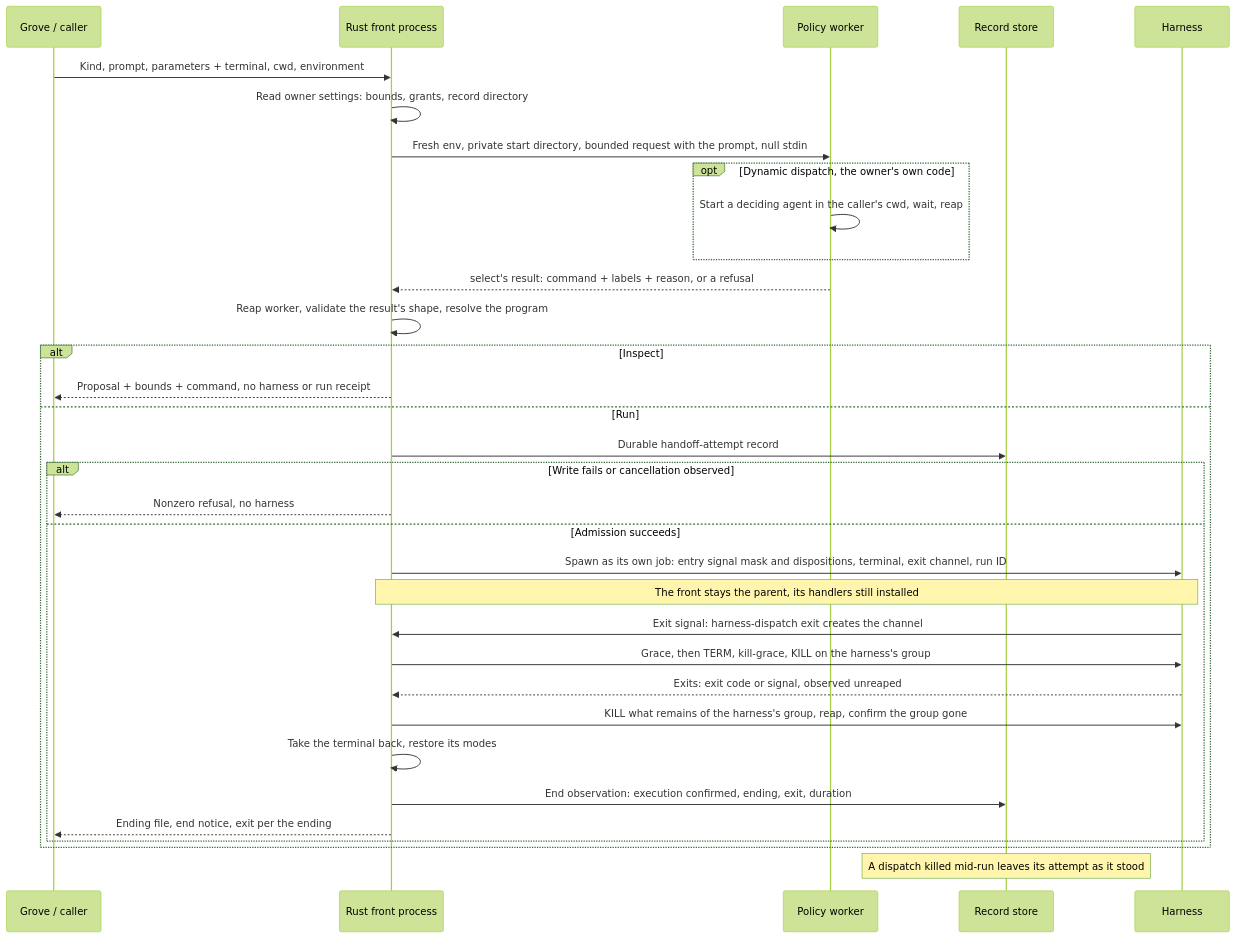
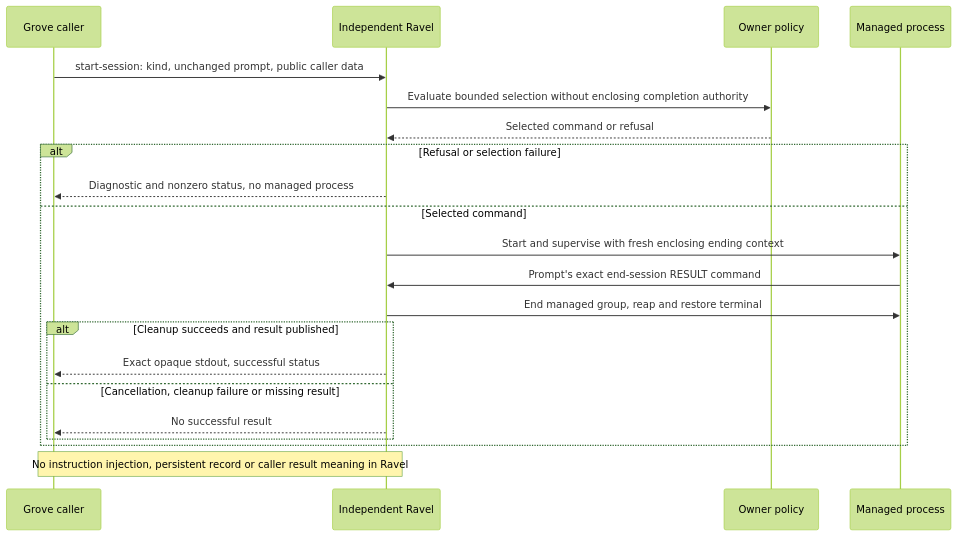
Before and after one commit to Linkuistics/grove: the diagram in docs/design/harness-selection-and-execution/handoff.mmd, drawn with Mermaid (forest theme). The commit also changed 18 other files, not shown here.

Commit message:
grove-ravel-caller-views-k56: reconcile caller spec and views; decompose grove-ravel-docs-k12

```diff
--- a/docs/design/harness-selection-and-execution/handoff.mmd
+++ b/docs/design/harness-selection-and-execution/handoff.mmd
@@ -1,33 +1,21 @@
 sequenceDiagram
-  participant G as Grove / caller
-  participant R as Rust front process
-  participant W as Policy worker
-  participant D as Record store
-  participant H as Harness
-  G->>R: Kind, prompt, parameters + terminal, cwd, environment
-  R->>R: Read owner settings: bounds, grants, record directory
-  R->>W: Fresh env, private start directory, bounded request with the prompt, null stdin
-  opt Dynamic dispatch, the owner's own code
-    W->>W: Start a deciding agent in the caller's cwd, wait, reap
-  end
-  W-->>R: select's result: command + labels + reason, or a refusal
-  R->>R: Reap worker, validate the result's shape, resolve the program
-  alt Inspect
-    R-->>G: Proposal + bounds + command, no harness or run receipt
-  else Run
-    R->>D: Durable handoff-attempt record
-    alt Write fails or cancellation observed
-      R-->>G: Nonzero refusal, no harness
-    else Admission succeeds
-      R->>H: Spawn as its own job: entry signal mask and dispositions, terminal, exit channel, run ID
-      Note over R,H: The front stays the parent, its handlers still installed
-      H->>R: Exit signal: harness-dispatch exit creates the channel
-      R->>H: Grace, then TERM, kill-grace, KILL on the harness's group
-      H-->>R: Exits: exit code or signal, observed unreaped
-      R->>H: KILL what remains of the harness's group, reap, confirm the group gone
-      R->>R: Take the terminal back, restore its modes
-      R->>D: End observation: execution confirmed, ending, exit, duration
-      R-->>G: Ending file, end notice, exit per the ending
+  participant G as Grove caller
+  participant R as Independent Ravel
+  participant P as Owner policy
+  participant H as Managed process
+  G->>R: start-session: kind, unchanged prompt, public caller data
+  R->>P: Evaluate bounded selection without enclosing completion authority
+  P-->>R: Selected command or refusal
+  alt Refusal or selection failure
+    R-->>G: Diagnostic and nonzero status, no managed process
+  else Selected command
+    R->>H: Start and supervise with fresh enclosing ending context
+    H->>R: Prompt's exact end-session RESULT command
+    R->>H: End managed group, reap and restore terminal
+    alt Cleanup succeeds and result published
+      R-->>G: Exact opaque stdout, successful status
+    else Cancellation, cleanup failure or missing result
+      R-->>G: No successful result
     end
   end
-  Note over D: A dispatch killed mid-run leaves its attempt as it stood
+  Note over G,R: No instruction injection, persistent record or caller result meaning in Ravel
```
